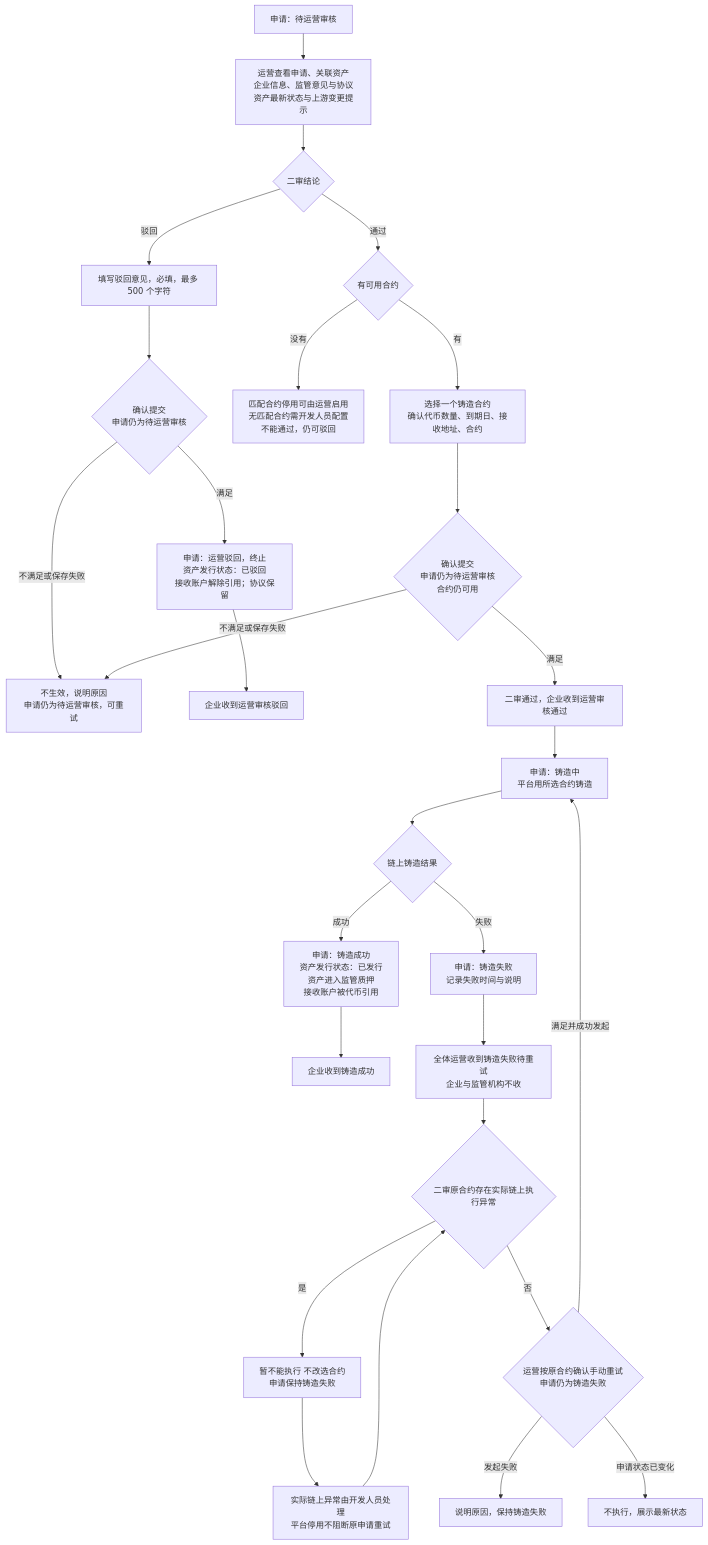
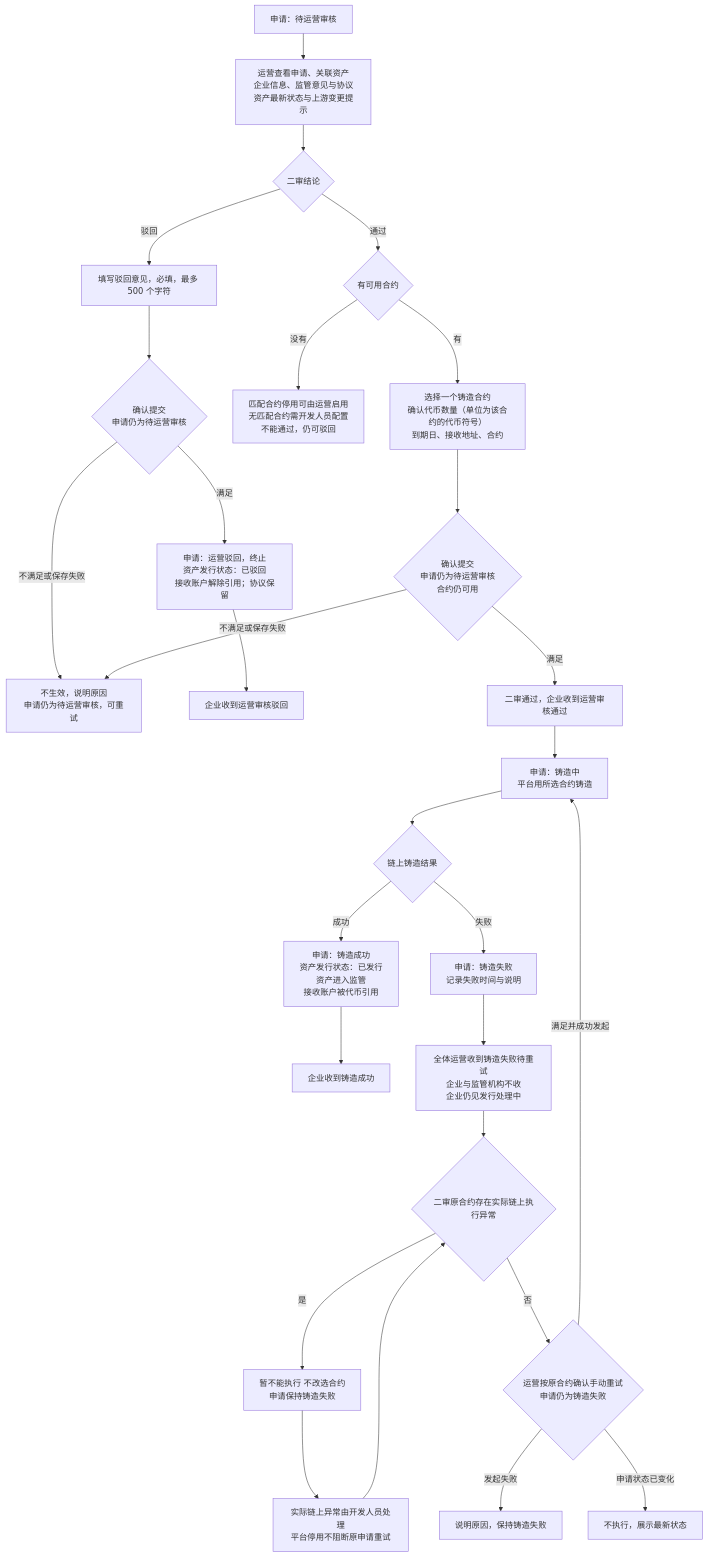
The second of 4 diagrams in token-issuance-platform/PRD/管理端/M3b-代币发行-审核与铸造/02-代币发行-审核与铸造-流程图与状态机.md (wxblockchain/Chain-Financing), drawn with Mermaid before and after one commit. The commit also changed other lines of this file and 3 other files, not shown here.

````diff
--- a/token-issuance-platform/PRD/管理端/M3b-代币发行-审核与铸造/02-代币发行-审核与铸造-流程图与状态机.md
+++ b/token-issuance-platform/PRD/管理端/M3b-代币发行-审核与铸造/02-代币发行-审核与铸造-流程图与状态机.md
@@ -39,30 +39,30 @@
 ```mermaid
 flowchart TD
     A[申请：待运营审核] --> B[运营查看申请、关联资产<br/>企业信息、监管意见与协议<br/>资产最新状态与上游变更提示]
     B --> C{二审结论}
     C -->|驳回| D[填写驳回意见，必填，最多 500 个字符]
     D --> D1{确认提交<br/>申请仍为待运营审核}
     D1 -->|不满足或保存失败| X[不生效，说明原因<br/>申请仍为待运营审核，可重试]
     D1 -->|满足| D2[申请：运营驳回，终止<br/>资产发行状态：已驳回<br/>接收账户解除引用；协议保留]
     D2 --> D3[企业收到运营审核驳回]
     C -->|通过| E{有可用合约}
     E -->|没有| E1[匹配合约停用可由运营启用<br/>无匹配合约需开发人员配置<br/>不能通过，仍可驳回]
-    E -->|有| F[选择一个铸造合约<br/>确认代币数量、到期日、接收地址、合约]
+    E -->|有| F[选择一个铸造合约<br/>确认代币数量（单位为该合约的代币符号）<br/>到期日、接收地址、合约]
     F --> F1{确认提交<br/>申请仍为待运营审核<br/>合约仍可用}
     F1 -->|不满足或保存失败| X
     F1 -->|满足| G0[二审通过，企业收到运营审核通过]
     G0 --> G[申请：铸造中<br/>平台用所选合约铸造]
     G --> H{链上铸造结果}
-    H -->|成功| I[申请：铸造成功<br/>资产发行状态：已发行<br/>资产进入监管质押<br/>接收账户被代币引用]
+    H -->|成功| I[申请：铸造成功<br/>资产发行状态：已发行<br/>资产进入监管<br/>接收账户被代币引用]
     I --> I1[企业收到铸造成功]
     H -->|失败| J[申请：铸造失败<br/>记录失败时间与说明]
-    J --> J1[全体运营收到铸造失败待重试<br/>企业与监管机构不收]
+    J --> J1[全体运营收到铸造失败待重试<br/>企业与监管机构不收<br/>企业仍见发行处理中]
     J1 --> K{二审原合约存在实际链上执行异常}
     K -->|是| K1[暂不能执行 不改选合约<br/>申请保持铸造失败]
     K1 --> K2[实际链上异常由开发人员处理<br/>平台停用不阻断原申请重试]
     K2 --> K
     K -->|否| L{运营按原合约确认手动重试<br/>申请仍为铸造失败}
     L -->|满足并成功发起| G
     L -->|发起失败| L1[说明原因，保持铸造失败]
     L -->|申请状态已变化| L2[不执行，展示最新状态]
 ```
````
